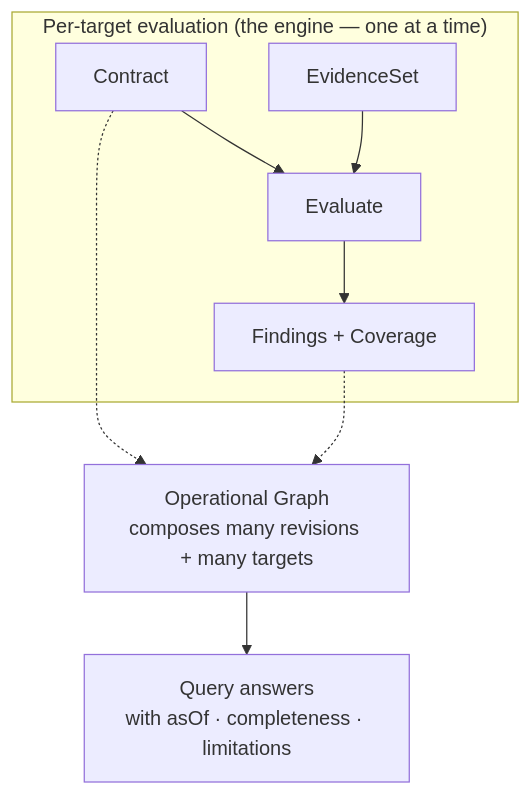
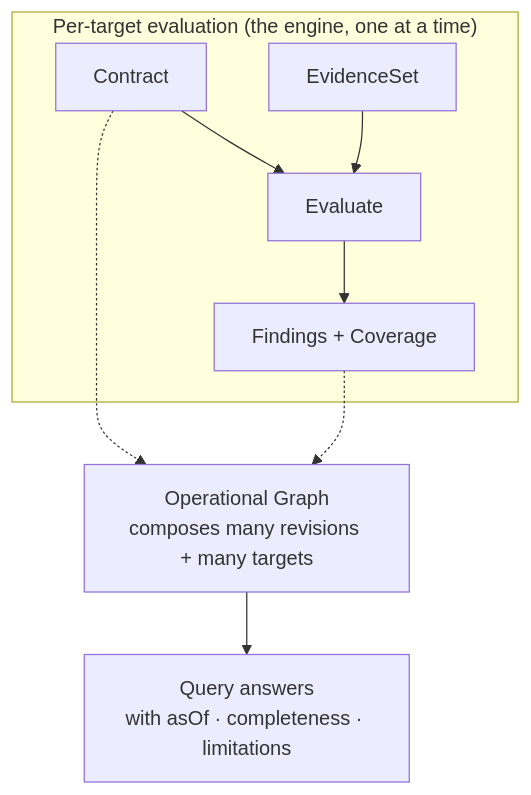
The second of 2 diagrams in docs/operational-graph.md (TrianaLab/pacto), drawn with Mermaid before and after one commit. The commit also changed other lines of this file and 1300 other files, not shown here.

````diff
--- a/docs/operational-graph.md
+++ b/docs/operational-graph.md
@@ -341,12 +155,12 @@
 ```mermaid
 flowchart TB
-    subgraph Eval["Per-target evaluation (the engine — one at a time)"]
+    subgraph Eval["Per-target evaluation (the engine, one at a time)"]
         C["Contract"] --> EV["Evaluate"]
         E["EvidenceSet"] --> EV
         EV --> F["Findings + Coverage"]
     end
     C -.-> OG
     F -.-> OG
     OG["Operational Graph<br/>composes many revisions + many targets"]
     OG --> ANS["Query answers<br/>with asOf · completeness · limitations"]
 ```
````
